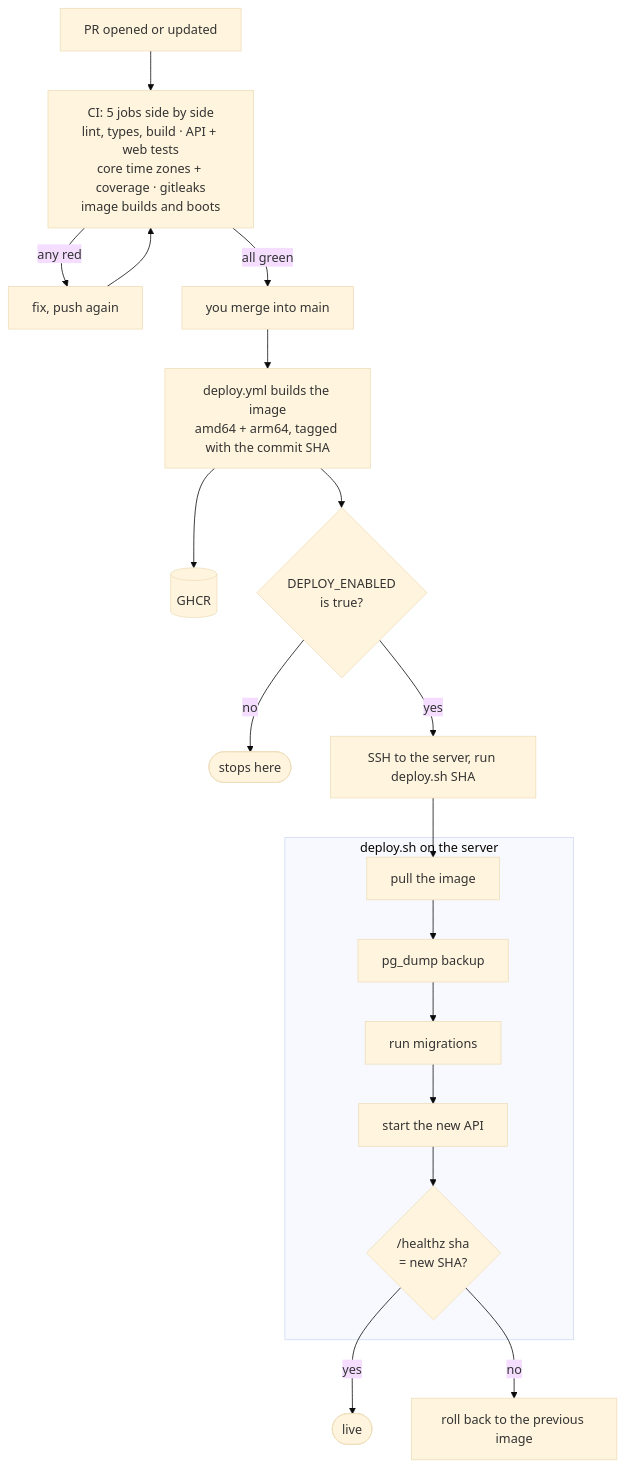
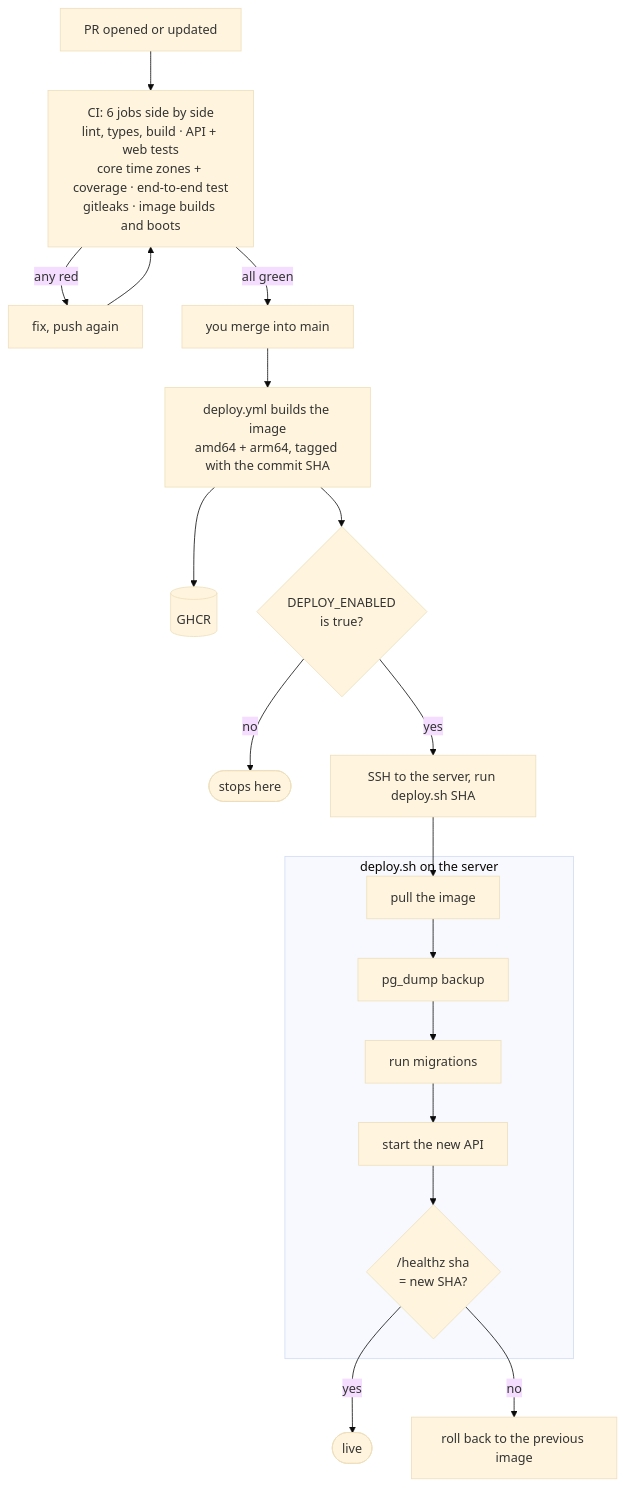
The diagram in vault/app/Deploy and CI.md (SigniorAtif/Tasks), drawn with Mermaid (base theme) before and after one commit. The commit also changed other lines of this file and 6 other files, not shown here.

````diff
--- a/vault/app/Deploy and CI.md
+++ b/vault/app/Deploy and CI.md
@@ -75,17 +75,17 @@
 ```mermaid
 flowchart TD
-  pr["PR opened or updated"] --> ci["CI: 5 jobs side by side<br/>lint, types, build · API + web tests<br/>core time zones + coverage · gitleaks<br/>image builds and boots"]
+  pr["PR opened or updated"] --> ci["CI: 6 jobs side by side<br/>lint, types, build · API + web tests<br/>core time zones + coverage · end-to-end test<br/>gitleaks · image builds and boots"]
   ci -->|"any red"| fix["fix, push again"] --> ci
   ci -->|"all green"| merge["you merge into main"]
   merge --> build["deploy.yml builds the image<br/>amd64 + arm64, tagged with the commit SHA"]
   build --> ghcr[("GHCR")]
   build --> gate{"DEPLOY_ENABLED<br/>is true?"}
   gate -->|"no"| stop(["stops here"])
   gate -->|"yes"| ssh["SSH to the server, run deploy.sh SHA"]
   subgraph ds["deploy.sh on the server"]
     pull["pull the image"] --> dump["pg_dump backup"] --> mig["run migrations"] --> up["start the new API"] --> chk{"/healthz sha<br/>= new SHA?"}
   end
   ssh --> pull
   chk -->|"yes"| live(["live"])
   chk -->|"no"| rb["roll back to the previous image"]
 ```
````
